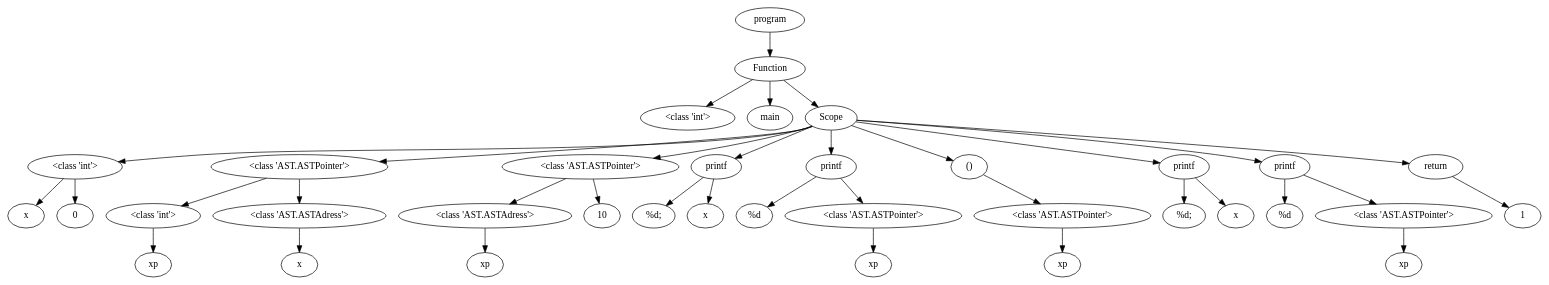
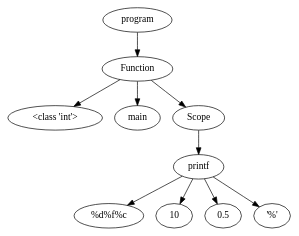
One commit to NielsVandenBroeck/COMP_Compiler changed the diagram in OutputFiles/dotVisualization.dot. Above: the diagram before and after it, drawn with Graphviz. The commit also changed 7 other files, not shown here.

```diff
--- a/OutputFiles/dotVisualization.dot
+++ b/OutputFiles/dotVisualization.dot
@@ -1,90 +1,24 @@
 digraph G { 
-"<AST.AST object at 0x000002553D4507F0> (0)"[label="program"]
-"<AST.ASTFunction object at 0x000002553D450850> (1)"[label="Function"]
-"<AST.AST object at 0x000002553D4507F0> (0)"->"<AST.ASTFunction object at 0x000002553D450850> (1)"
-"<AST.ASTFunction object at 0x000002553D450850> (1)"[label="Function"]
-"<AST.ASTDataType object at 0x000002553D4505B0> (2)"[label="<class 'int'>"]
-"<AST.ASTFunction object at 0x000002553D450850> (1)"->"<AST.ASTDataType object at 0x000002553D4505B0> (2)"
-"<AST.ASTFunctionName object at 0x000002553D450DC0> (2)"[label="main"]
-"<AST.ASTFunction object at 0x000002553D450850> (1)"->"<AST.ASTFunctionName object at 0x000002553D450DC0> (2)"
-"<AST.ASTScope object at 0x000002553D450C70> (2)"[label="Scope"]
-"<AST.ASTFunction object at 0x000002553D450850> (1)"->"<AST.ASTScope object at 0x000002553D450C70> (2)"
-"<AST.ASTScope object at 0x000002553D450C70> (2)"[label="Scope"]
-"<AST.ASTDataType object at 0x000002553D4508B0> (3)"[label="<class 'int'>"]
-"<AST.ASTScope object at 0x000002553D450C70> (2)"->"<AST.ASTDataType object at 0x000002553D4508B0> (3)"
-"<AST.ASTDataType object at 0x000002553D4508B0> (3)"[label="<class 'int'>"]
-"<AST.ASTVariable object at 0x000002553D450EE0> (4)"[label="x"]
-"<AST.ASTDataType object at 0x000002553D4508B0> (3)"->"<AST.ASTVariable object at 0x000002553D450EE0> (4)"
-"<AST.ASTInt object at 0x000002553D4504F0> (4)"[label="0"]
-"<AST.ASTDataType object at 0x000002553D4508B0> (3)"->"<AST.ASTInt object at 0x000002553D4504F0> (4)"
-"<AST.ASTPointer object at 0x000002553D4509A0> (3)"[label="<class 'AST.ASTPointer'>"]
-"<AST.ASTScope object at 0x000002553D450C70> (2)"->"<AST.ASTPointer object at 0x000002553D4509A0> (3)"
-"<AST.ASTPointer object at 0x000002553D4509A0> (3)"[label="<class 'AST.ASTPointer'>"]
-"<AST.ASTDataType object at 0x000002553D4503D0> (4)"[label="<class 'int'>"]
-"<AST.ASTPointer object at 0x000002553D4509A0> (3)"->"<AST.ASTDataType object at 0x000002553D4503D0> (4)"
-"<AST.ASTDataType object at 0x000002553D4503D0> (4)"[label="<class 'int'>"]
-"<AST.ASTVariable object at 0x000002553D4501F0> (5)"[label="xp"]
-"<AST.ASTDataType object at 0x000002553D4503D0> (4)"->"<AST.ASTVariable object at 0x000002553D4501F0> (5)"
-"<AST.ASTAdress object at 0x000002553D450970> (4)"[label="<class 'AST.ASTAdress'>"]
-"<AST.ASTPointer object at 0x000002553D4509A0> (3)"->"<AST.ASTAdress object at 0x000002553D450970> (4)"
-"<AST.ASTAdress object at 0x000002553D450970> (4)"[label="<class 'AST.ASTAdress'>"]
-"<AST.ASTVariable object at 0x000002553D450D00> (5)"[label="x"]
-"<AST.ASTAdress object at 0x000002553D450970> (4)"->"<AST.ASTVariable object at 0x000002553D450D00> (5)"
-"<AST.ASTPointer object at 0x000002553D4617C0> (3)"[label="<class 'AST.ASTPointer'>"]
-"<AST.ASTScope object at 0x000002553D450C70> (2)"->"<AST.ASTPointer object at 0x000002553D4617C0> (3)"
-"<AST.ASTPointer object at 0x000002553D4617C0> (3)"[label="<class 'AST.ASTPointer'>"]
-"<AST.ASTAdress object at 0x000002553D461AF0> (4)"[label="<class 'AST.ASTAdress'>"]
-"<AST.ASTPointer object at 0x000002553D4617C0> (3)"->"<AST.ASTAdress object at 0x000002553D461AF0> (4)"
-"<AST.ASTAdress object at 0x000002553D461AF0> (4)"[label="<class 'AST.ASTAdress'>"]
-"<AST.ASTVariable object at 0x000002553D461F10> (5)"[label="xp"]
-"<AST.ASTAdress object at 0x000002553D461AF0> (4)"->"<AST.ASTVariable object at 0x000002553D461F10> (5)"
-"<AST.ASTInt object at 0x000002553D4616D0> (4)"[label="10"]
-"<AST.ASTPointer object at 0x000002553D4617C0> (3)"->"<AST.ASTInt object at 0x000002553D4616D0> (4)"
-"<AST.ASTPrintf object at 0x000002553D461C40> (3)"[label="printf"]
-"<AST.ASTScope object at 0x000002553D450C70> (2)"->"<AST.ASTPrintf object at 0x000002553D461C40> (3)"
-"<AST.ASTPrintf object at 0x000002553D461C40> (3)"[label="printf"]
-"<AST.ASTText object at 0x000002553D461EB0> (4)"[label="%d; "]
-"<AST.ASTPrintf object at 0x000002553D461C40> (3)"->"<AST.ASTText object at 0x000002553D461EB0> (4)"
-"<AST.ASTVariable object at 0x000002553D461F70> (4)"[label="x"]
-"<AST.ASTPrintf object at 0x000002553D461C40> (3)"->"<AST.ASTVariable object at 0x000002553D461F70> (4)"
-"<AST.ASTPrintf object at 0x000002553D461E50> (3)"[label="printf"]
-"<AST.ASTScope object at 0x000002553D450C70> (2)"->"<AST.ASTPrintf object at 0x000002553D461E50> (3)"
-"<AST.ASTPrintf object at 0x000002553D461E50> (3)"[label="printf"]
-"<AST.ASTText object at 0x000002553D4618E0> (4)"[label="%d\n"]
-"<AST.ASTPrintf object at 0x000002553D461E50> (3)"->"<AST.ASTText object at 0x000002553D4618E0> (4)"
-"<AST.ASTPointer object at 0x000002553D461A30> (4)"[label="<class 'AST.ASTPointer'>"]
-"<AST.ASTPrintf object at 0x000002553D461E50> (3)"->"<AST.ASTPointer object at 0x000002553D461A30> (4)"
-"<AST.ASTPointer object at 0x000002553D461A30> (4)"[label="<class 'AST.ASTPointer'>"]
-"<AST.ASTVariable object at 0x000002553D461AC0> (5)"[label="xp"]
-"<AST.ASTPointer object at 0x000002553D461A30> (4)"->"<AST.ASTVariable object at 0x000002553D461AC0> (5)"
-"<AST.AST object at 0x000002553D4615E0> (3)"[label="()"]
-"<AST.ASTScope object at 0x000002553D450C70> (2)"->"<AST.AST object at 0x000002553D4615E0> (3)"
-"<AST.AST object at 0x000002553D4615E0> (3)"[label="()"]
-"<AST.ASTPointer object at 0x000002553D461640> (4)"[label="<class 'AST.ASTPointer'>"]
-"<AST.AST object at 0x000002553D4615E0> (3)"->"<AST.ASTPointer object at 0x000002553D461640> (4)"
-"<AST.ASTPointer object at 0x000002553D461640> (4)"[label="<class 'AST.ASTPointer'>"]
-"<AST.ASTVariable object at 0x000002553D461BB0> (5)"[label="xp"]
-"<AST.ASTPointer object at 0x000002553D461640> (4)"->"<AST.ASTVariable object at 0x000002553D461BB0> (5)"
-"<AST.ASTPrintf object at 0x000002553D461760> (3)"[label="printf"]
-"<AST.ASTScope object at 0x000002553D450C70> (2)"->"<AST.ASTPrintf object at 0x000002553D461760> (3)"
-"<AST.ASTPrintf object at 0x000002553D461760> (3)"[label="printf"]
-"<AST.ASTText object at 0x000002553D4619A0> (4)"[label="%d; "]
-"<AST.ASTPrintf object at 0x000002553D461760> (3)"->"<AST.ASTText object at 0x000002553D4619A0> (4)"
-"<AST.ASTVariable object at 0x000002553D461820> (4)"[label="x"]
-"<AST.ASTPrintf object at 0x000002553D461760> (3)"->"<AST.ASTVariable object at 0x000002553D461820> (4)"
-"<AST.ASTPrintf object at 0x000002553D461970> (3)"[label="printf"]
-"<AST.ASTScope object at 0x000002553D450C70> (2)"->"<AST.ASTPrintf object at 0x000002553D461970> (3)"
-"<AST.ASTPrintf object at 0x000002553D461970> (3)"[label="printf"]
-"<AST.ASTText object at 0x000002553D4616A0> (4)"[label="%d\n"]
-"<AST.ASTPrintf object at 0x000002553D461970> (3)"->"<AST.ASTText object at 0x000002553D4616A0> (4)"
-"<AST.ASTPointer object at 0x000002553D461670> (4)"[label="<class 'AST.ASTPointer'>"]
-"<AST.ASTPrintf object at 0x000002553D461970> (3)"->"<AST.ASTPointer object at 0x000002553D461670> (4)"
-"<AST.ASTPointer object at 0x000002553D461670> (4)"[label="<class 'AST.ASTPointer'>"]
-"<AST.ASTVariable object at 0x000002553D4615B0> (5)"[label="xp"]
-"<AST.ASTPointer object at 0x000002553D461670> (4)"->"<AST.ASTVariable object at 0x000002553D4615B0> (5)"
-"<AST.ASTReturn object at 0x000002553D461790> (3)"[label="return"]
-"<AST.ASTScope object at 0x000002553D450C70> (2)"->"<AST.ASTReturn object at 0x000002553D461790> (3)"
-"<AST.ASTReturn object at 0x000002553D461790> (3)"[label="return"]
-"<AST.ASTInt object at 0x000002553D461490> (4)"[label="1"]
-"<AST.ASTReturn object at 0x000002553D461790> (3)"->"<AST.ASTInt object at 0x000002553D461490> (4)"
+"<AST.AST object at 0x0000019986E495B0> (0)"[label="program"]
+"<AST.ASTFunction object at 0x0000019986E49100> (1)"[label="Function"]
+"<AST.AST object at 0x0000019986E495B0> (0)"->"<AST.ASTFunction object at 0x0000019986E49100> (1)"
+"<AST.ASTFunction object at 0x0000019986E49100> (1)"[label="Function"]
+"<AST.ASTDataType object at 0x0000019986E49F70> (2)"[label="<class 'int'>"]
+"<AST.ASTFunction object at 0x0000019986E49100> (1)"->"<AST.ASTDataType object at 0x0000019986E49F70> (2)"
+"<AST.ASTFunctionName object at 0x0000019986E49940> (2)"[label="main"]
+"<AST.ASTFunction object at 0x0000019986E49100> (1)"->"<AST.ASTFunctionName object at 0x0000019986E49940> (2)"
+"<AST.ASTScope object at 0x0000019986E49AF0> (2)"[label="Scope"]
+"<AST.ASTFunction object at 0x0000019986E49100> (1)"->"<AST.ASTScope object at 0x0000019986E49AF0> (2)"
+"<AST.ASTScope object at 0x0000019986E49AF0> (2)"[label="Scope"]
+"<AST.ASTPrintf object at 0x0000019986E49E80> (3)"[label="printf"]
+"<AST.ASTScope object at 0x0000019986E49AF0> (2)"->"<AST.ASTPrintf object at 0x0000019986E49E80> (3)"
+"<AST.ASTPrintf object at 0x0000019986E49E80> (3)"[label="printf"]
+"<AST.ASTText object at 0x0000019986E49D90> (4)"[label="%d%f%c"]
+"<AST.ASTPrintf object at 0x0000019986E49E80> (3)"->"<AST.ASTText object at 0x0000019986E49D90> (4)"
+"<AST.ASTInt object at 0x0000019986E49B20> (4)"[label="10"]
+"<AST.ASTPrintf object at 0x0000019986E49E80> (3)"->"<AST.ASTInt object at 0x0000019986E49B20> (4)"
+"<AST.ASTFloat object at 0x0000019986E49E50> (4)"[label="0.5"]
+"<AST.ASTPrintf object at 0x0000019986E49E80> (3)"->"<AST.ASTFloat object at 0x0000019986E49E50> (4)"
+"<AST.ASTChar object at 0x0000019986E493D0> (4)"[label="'%'"]
+"<AST.ASTPrintf object at 0x0000019986E49E80> (3)"->"<AST.ASTChar object at 0x0000019986E493D0> (4)"
 }
```
